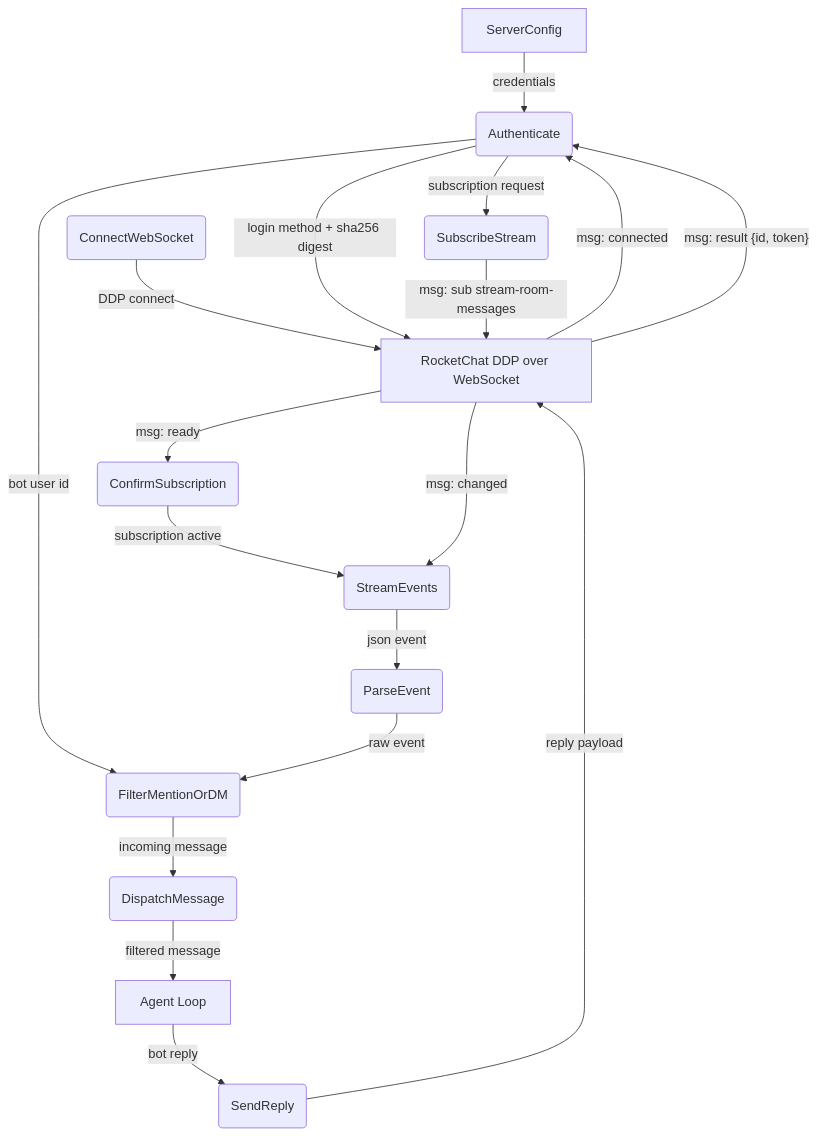
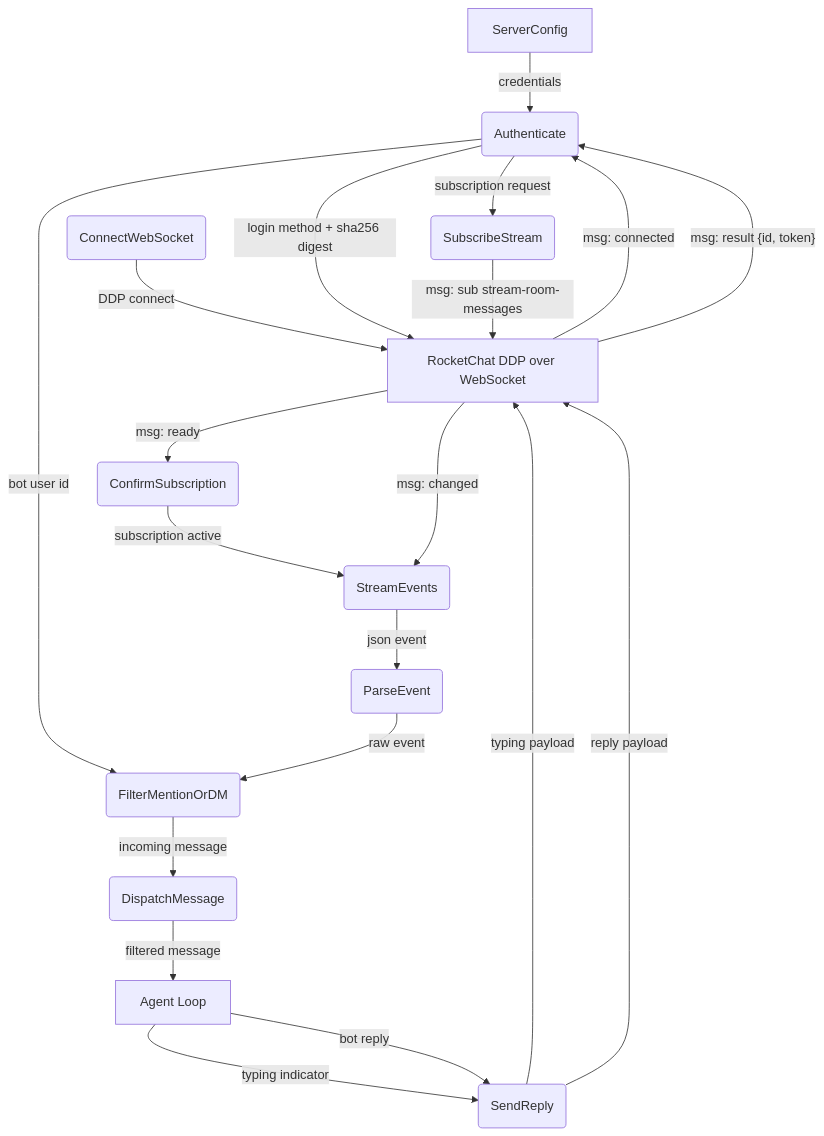
Before and after one commit to cosmoswafer/rockbot: the first of 5 diagrams in _dfds/base/rocketchat.md, drawn with Mermaid. The commit also changed 1 other file, not shown here.

Commit message:
dfd: typing indicator heartbeat for agent loop

````diff
--- a/_dfds/base/rocketchat.md
+++ b/_dfds/base/rocketchat.md
@@ -25,33 +25,35 @@
 ```mermaid
 flowchart TD
     CFG[ServerConfig]
     AUTH(Authenticate)
     CONNECT(ConnectWebSocket)
     SUB(SubscribeStream)
     READY(ConfirmSubscription)
     STREAM(StreamEvents)
     PARSE(ParseEvent)
     FILTER(FilterMentionOrDM)
     DISPATCH(DispatchMessage)
     SEND(SendReply)
     HARNESS[Agent Loop]
     RC_DDP[RocketChat DDP over WebSocket]
 
     CFG -->|"credentials"| AUTH
     CONNECT -->|"DDP connect"| RC_DDP
     RC_DDP -->|"msg: connected"| AUTH
     AUTH -->|"login method + sha256 digest"| RC_DDP
     RC_DDP -->|"msg: result {id, token}"| AUTH
     AUTH -->|"subscription request"| SUB
     SUB -->|"msg: sub stream-room-messages"| RC_DDP
     RC_DDP -->|"msg: ready"| READY
     READY -->|"subscription active"| STREAM
     RC_DDP -->|"msg: changed"| STREAM
     STREAM -->|"json event"| PARSE
     AUTH -->|"bot user id"| FILTER
     PARSE -->|"raw event"| FILTER
     FILTER -->|"incoming message"| DISPATCH
     DISPATCH -->|"filtered message"| HARNESS
+    HARNESS -->|"typing indicator"| SEND
+    SEND -->|"typing payload"| RC_DDP
     HARNESS -->|"bot reply"| SEND
     SEND -->|"reply payload"| RC_DDP
 ```
````
